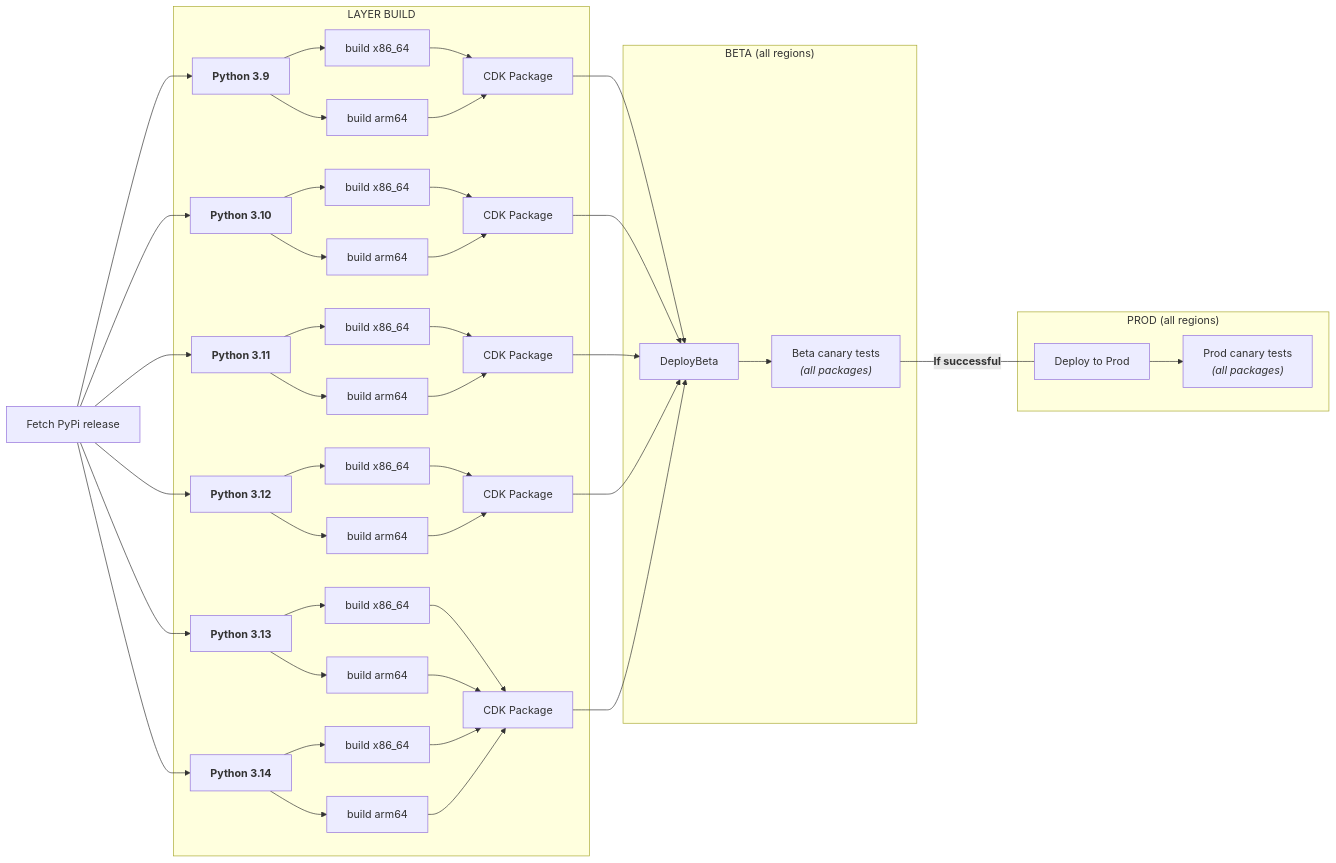
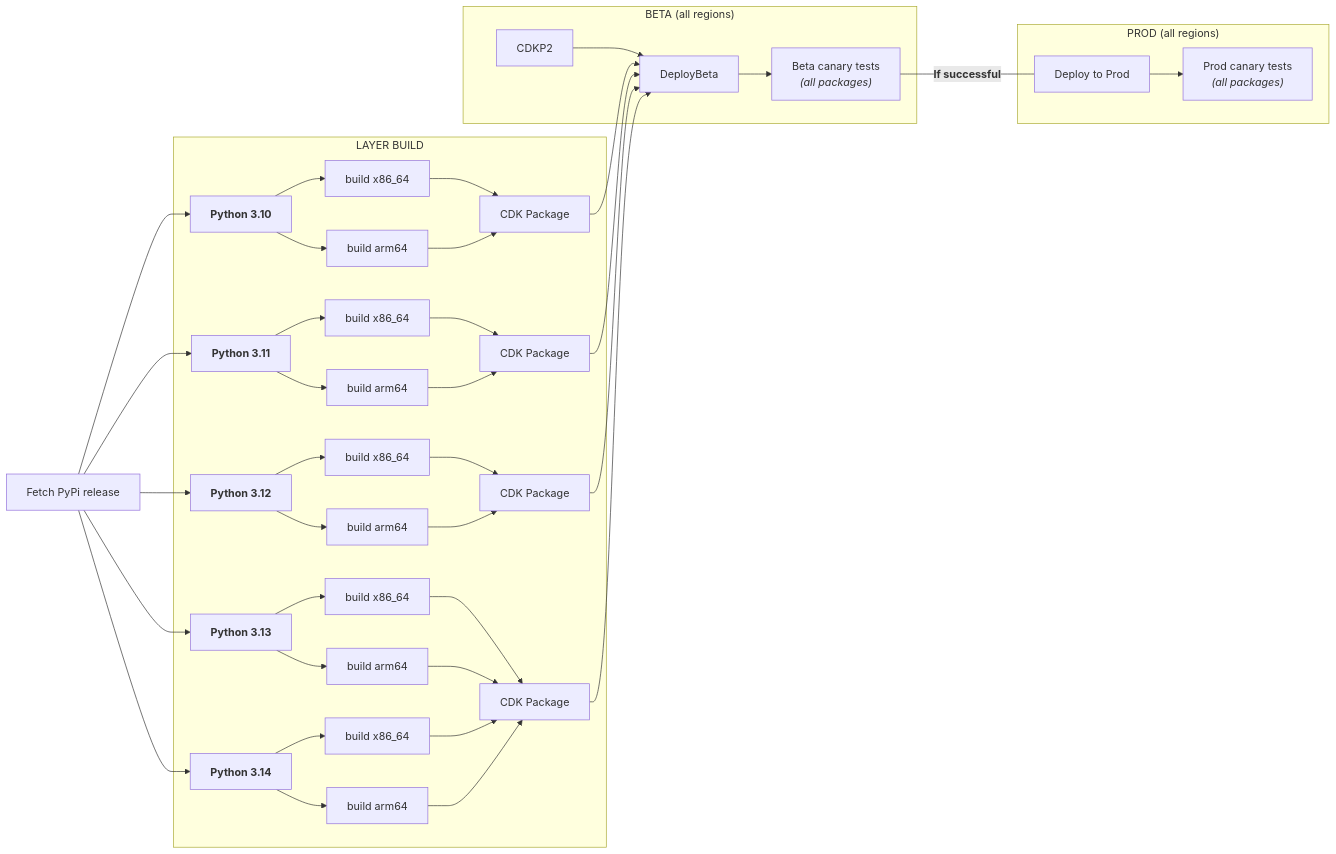
Before and after one commit to aws-powertools/powertools-lambda-python: the diagram in docs/automation.md, drawn with Mermaid. The commit also changed other lines of this file and 33 other files, not shown here.

````diff
--- a/docs/automation.md
+++ b/docs/automation.md
@@ -107,49 +107,44 @@
 ```mermaid
 graph LR
-    Fetch[Fetch PyPi release] --> P39[<strong>Python 3.9</strong>]
-    Fetch --> P310[<strong>Python 3.10</strong>]
+    Fetch[Fetch PyPi release] --> P310[<strong>Python 3.10</strong>]
     Fetch --> P311[<strong>Python 3.11</strong>]
     Fetch --> P312[<strong>Python 3.12</strong>]
     Fetch --> P313[<strong>Python 3.13</strong>]
     Fetch --> P314[<strong>Python 3.14</strong>]
 
     subgraph build ["LAYER BUILD"]
-      P39 --> P39x86[build x86_64]
-      P39 --> P39arm64[build arm64]
       P310 --> P310x86[build x86_64]
       P310 --> P310arm64[build arm64]
       P311 --> P311x86[build x86_64]
       P311 --> P311arm64[build arm64]
       P312 --> P312x86[build x86_64]
       P312 --> P312arm64[build arm64]
       P313 --> P313x86[build x86_64]
       P313 --> P313arm64[build arm64]
       P314 --> P314x86[build x86_64]
       P314 --> P314arm64[build arm64]
-      P39x86 --> CDKP2[CDK Package]
-      P39arm64 --> CDKP2[CDK Package]
       P310x86 --> CDKP3[CDK Package]
       P310arm64 --> CDKP3[CDK Package]
       P311x86 --> CDKP4[CDK Package]
       P311arm64 --> CDKP4[CDK Package]
       P312x86 --> CDKP5[CDK Package]
       P312arm64 --> CDKP5[CDK Package]
       P313x86 --> CDKP6[CDK Package]
       P313arm64 --> CDKP6[CDK Package]
       P314x86 --> CDKP6[CDK Package]
       P314arm64 --> CDKP6[CDK Package]
     end
 
     subgraph beta ["BETA (all regions)"]
       CDKP2 --> DeployBeta
       CDKP3 --> DeployBeta
       CDKP4 --> DeployBeta
       CDKP5 --> DeployBeta
       CDKP6 --> DeployBeta
       DeployBeta --> RunBetaCanary["Beta canary tests<br> <i>(all packages)</i>"]
     end
     subgraph prod ["PROD (all regions)"]
         RunBetaCanary---|<strong>If successful</strong>|DeployProd[Deploy to Prod]
         DeployProd --> RunProdCanary["Prod canary tests<br> <i>(all packages)</i>"]
     end
 ```
````
